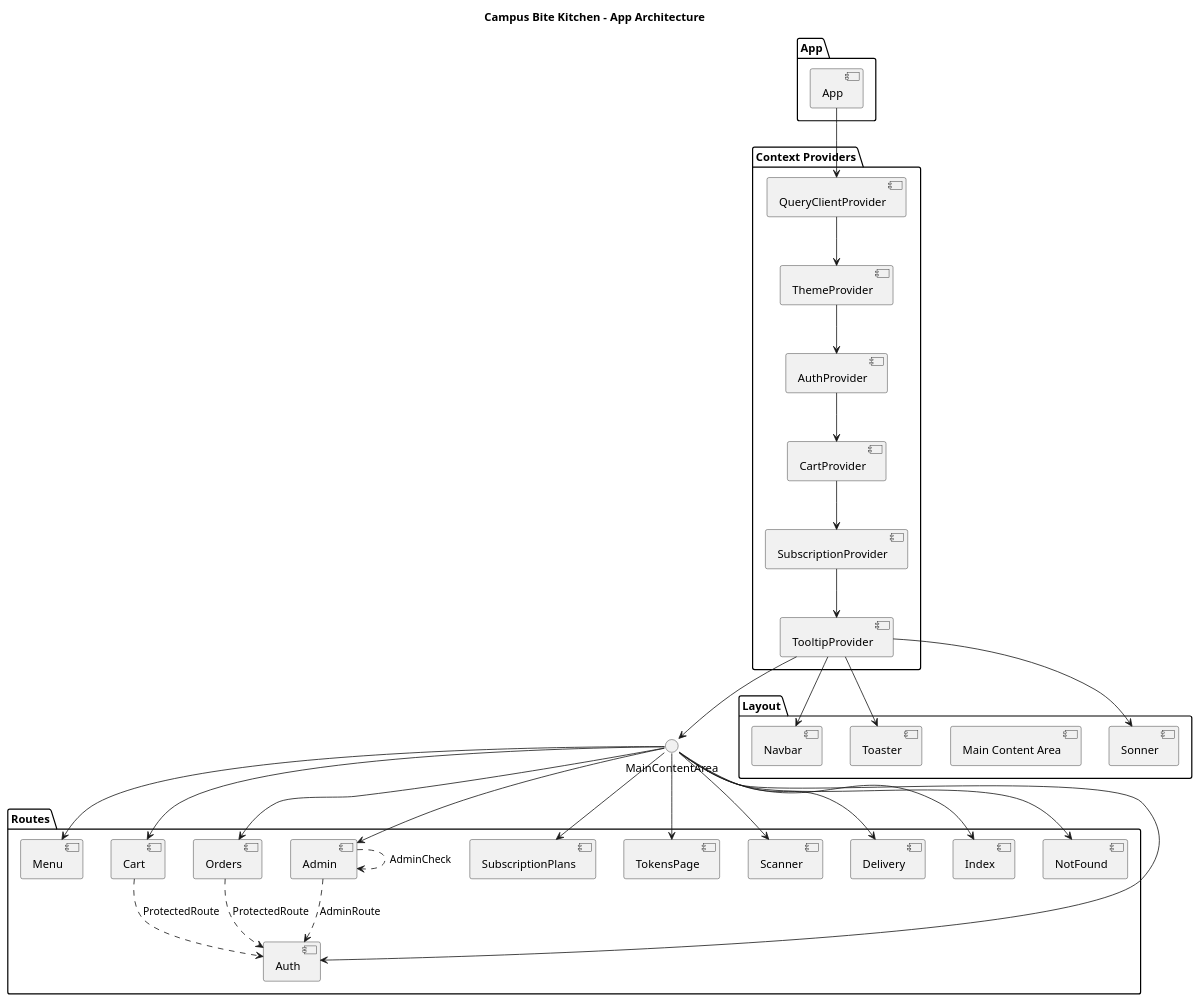
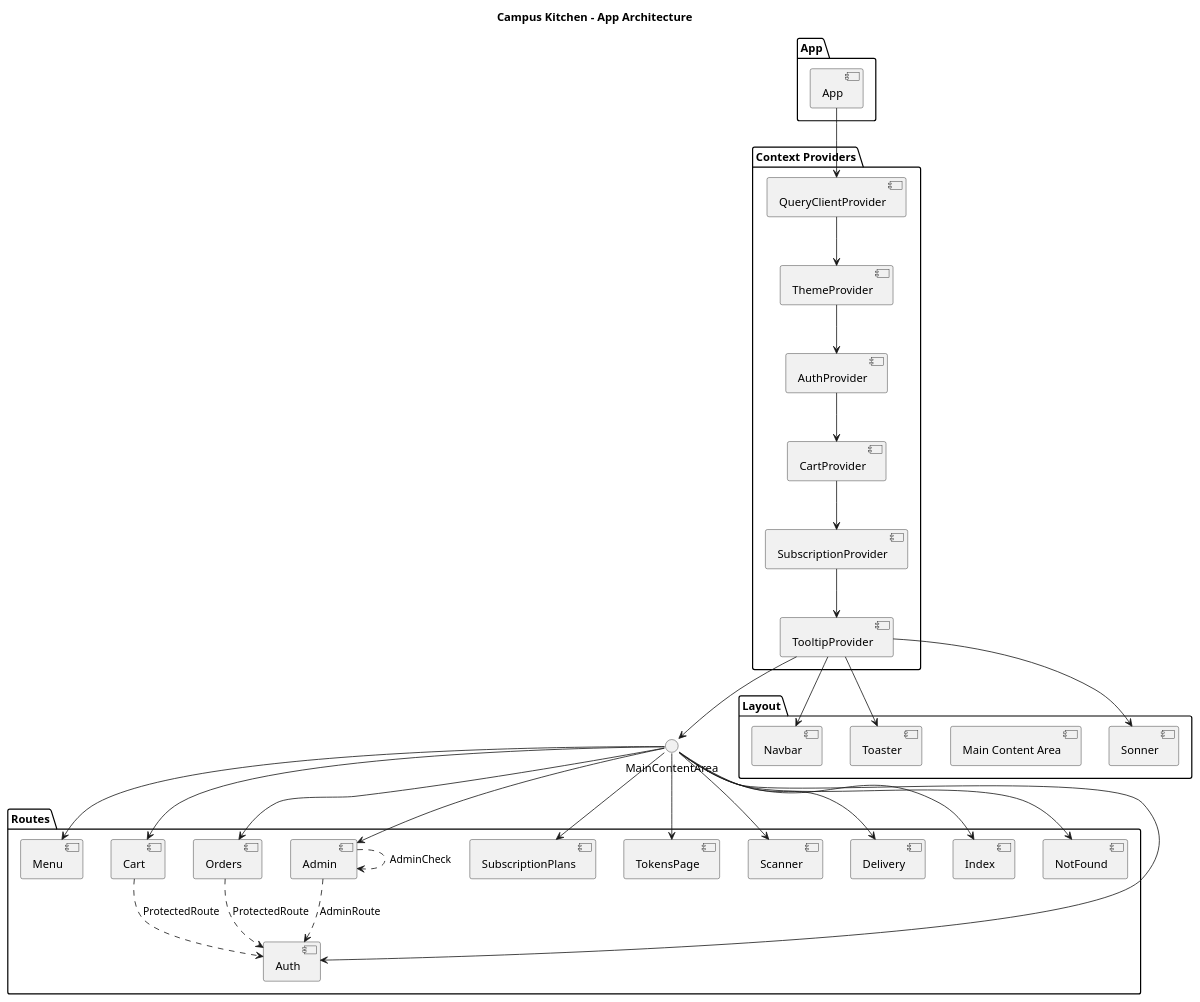
Before and after one commit to Monkigen/miniproject: the diagram in src/architecture.puml, drawn with PlantUML. The commit also changed 32 other files, not shown here.

```diff
--- a/src/architecture.puml
+++ b/src/architecture.puml
@@ -1,68 +1,68 @@
 @startuml
-title Campus Bite Kitchen - App Architecture
+title Campus Kitchen - App Architecture
 
 package "App" {
   [App] as AppComponent
 }
 
 package "Context Providers" {
   [QueryClientProvider]
   [ThemeProvider]
   [AuthProvider]
   [CartProvider]
   [SubscriptionProvider]
   [TooltipProvider]
 }
 
 package "Layout" {
   [Navbar]
   [Main Content Area]
   [Toaster]
   [Sonner]
 }
 
 package "Routes" {
   [Auth]
   [Menu]
   [Cart]
   [Orders]
   [Admin]
   [SubscriptionPlans]
   [TokensPage]
   [Scanner]
   [Delivery]
   [Index]
   [NotFound]
 }
 
 ' Relationships
 AppComponent --> QueryClientProvider
 QueryClientProvider --> ThemeProvider
 ThemeProvider --> AuthProvider
 AuthProvider --> CartProvider
 CartProvider --> SubscriptionProvider
 SubscriptionProvider --> TooltipProvider
 TooltipProvider --> Navbar
 TooltipProvider --> Toaster
 TooltipProvider --> Sonner
 TooltipProvider --> MainContentArea
 
 MainContentArea --> Auth
 MainContentArea --> Menu
 MainContentArea --> Cart
 MainContentArea --> Orders
 MainContentArea --> Admin
 MainContentArea --> SubscriptionPlans
 MainContentArea --> TokensPage
 MainContentArea --> Scanner
 MainContentArea --> Delivery
 MainContentArea --> Index
 MainContentArea --> NotFound
 
 ' Protected Routes
 Cart ..> Auth : ProtectedRoute
 Orders ..> Auth : ProtectedRoute
 Admin ..> Auth : AdminRoute
 Admin ..> Admin : AdminCheck
 
 @enduml
```
